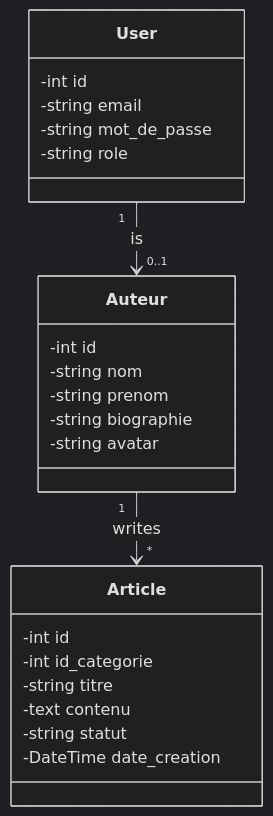
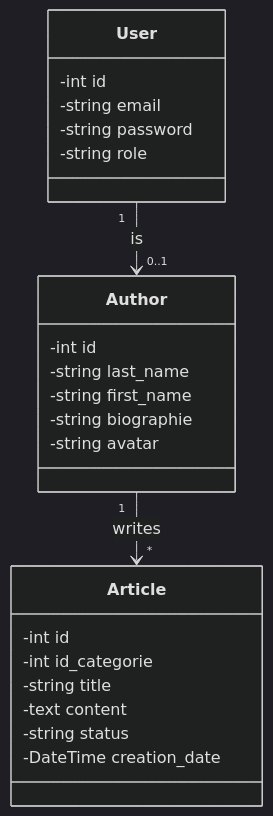
The diagram in Objets/BlogClass.mmd (El-Morabiti-Ahmed/Tutoriels), drawn with Mermaid (dark theme) before and after one commit.

```diff
--- a/Objets/BlogClass.mmd
+++ b/Objets/BlogClass.mmd
@@ -1,27 +1,27 @@
 classDiagram
     class User {
         -int id
         -string email
-        -string mot_de_passe
+        -string password
         -string role
     }
 
-    class Auteur {
+    class Author {
         -int id
-        -string nom
-        -string prenom
+        -string last_name
+        -string first_name
         -string biographie
         -string avatar
     }
 
     class Article {
         -int id
         -int id_categorie
-        -string titre
-        -text contenu
-        -string statut
-        -DateTime date_creation
+        -string title
+        -text content
+        -string status
+        -DateTime creation_date
     }
 
-    User "1" --> "0..1" Auteur : is
-    Auteur "1" --> "*" Article : writes
+    User "1" --> "0..1" Author : is
+    Author "1" --> "*" Article : writes
```
